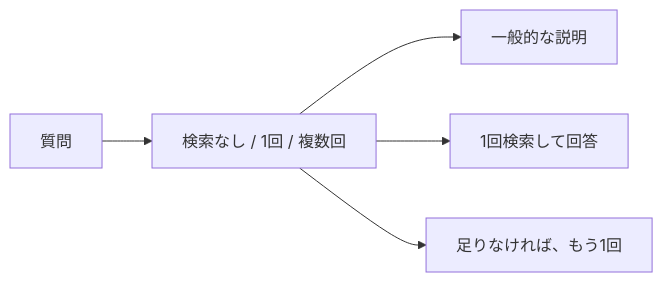
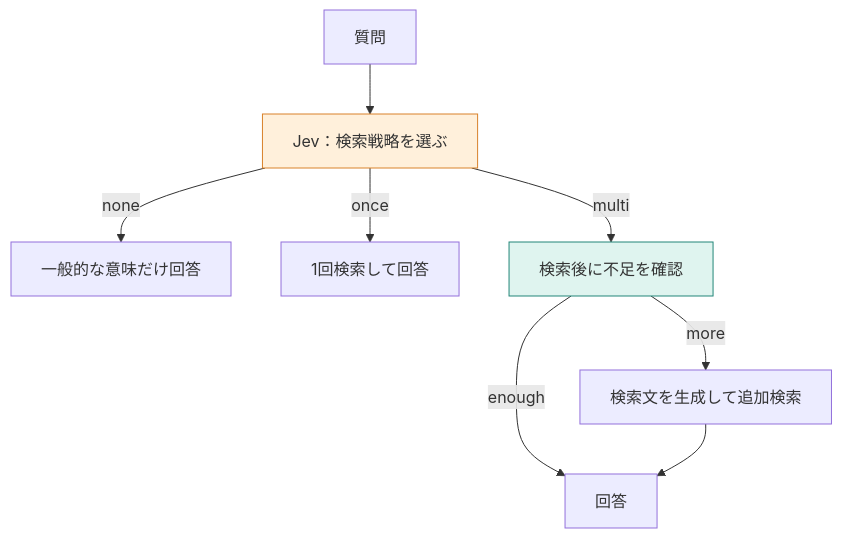
One commit to kouji0705/rag-study changed the diagram in books/cd019af39edb03/10-route.md. Above: the diagram before and after it, drawn with Mermaid. The commit also changed other lines of this file and 1 other file, not shown here.

````diff
--- a/books/cd019af39edb03/10-route.md
+++ b/books/cd019af39edb03/10-route.md
@@ -13,7 +7,12 @@
 ```mermaid
-flowchart LR
-    Q["質問"] --> C["検索なし / 1回 / 複数回"]
-    C --> N["一般的な説明"]
-    C --> O["1回検索して回答"]
-    C --> M["足りなければ、もう1回"]
+flowchart TD
+    Q["質問"] --> J["Jev：検索戦略を選ぶ"]
+    J -->|none| N["一般的な意味だけ回答"]
+    J -->|once| O["1回検索して回答"]
+    J -->|multi| M["検索後に不足を確認"]
+    M -->|more| R["検索文を生成して追加検索"]
+    M -->|enough| A["回答"]
+    R --> A
+    style J fill:#fff0db,stroke:#d9822b
+    style M fill:#dff4ef,stroke:#228678
 ```
````
